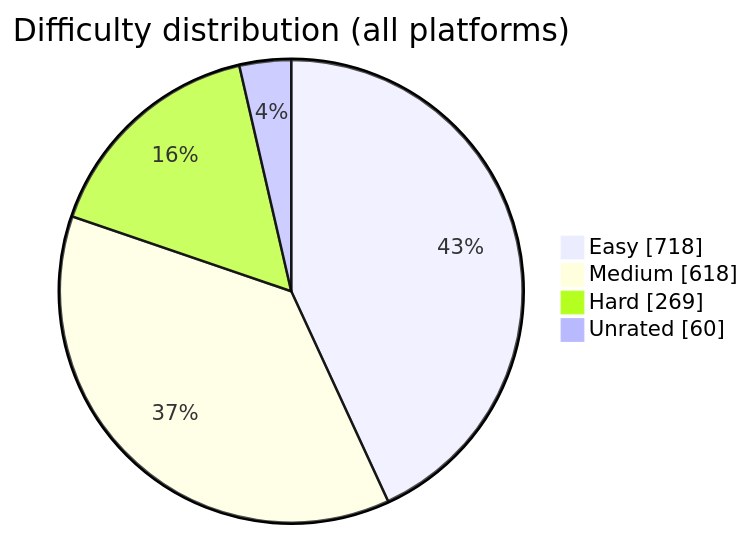
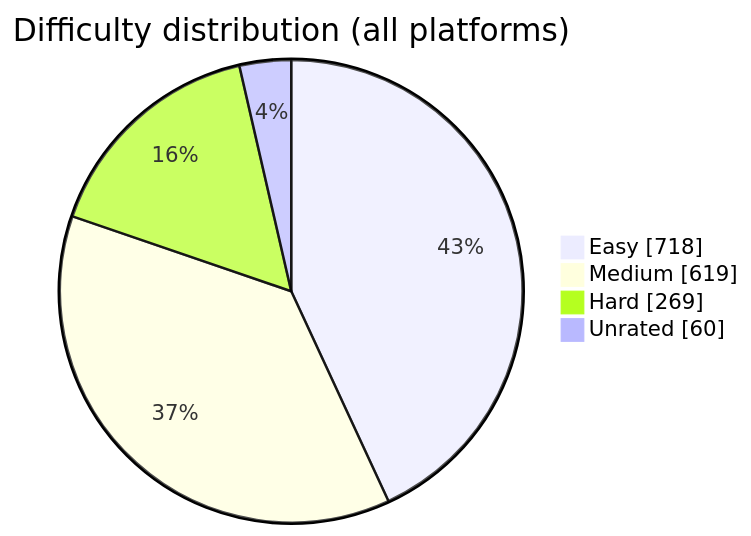
Before and after one commit to BuildbyArindam/Daily-Coding-Log: the diagram in README.md, drawn with Mermaid. The commit also changed other lines of this file, not shown here.

````diff
--- a/README.md
+++ b/README.md
@@ -93,7 +93,7 @@
 ```mermaid
 pie showData title Difficulty distribution (all platforms)
     "Easy" : 718
-    "Medium" : 618
+    "Medium" : 619
     "Hard" : 269
     "Unrated" : 60
 ```
````
